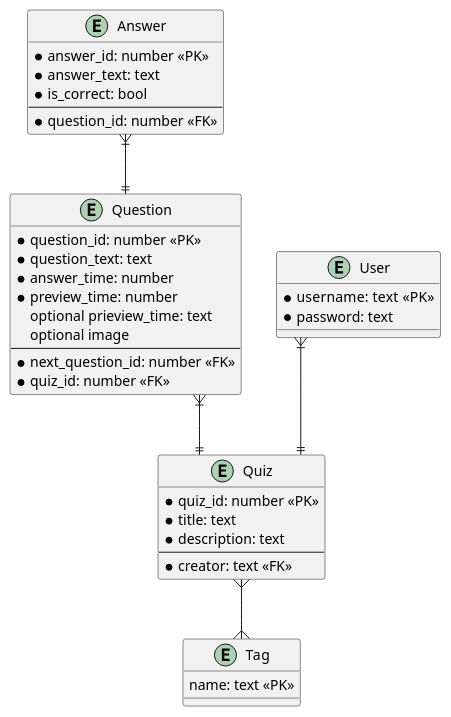
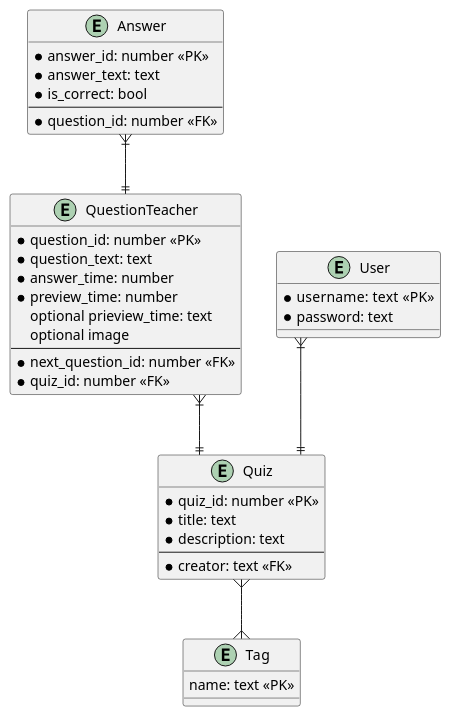
One commit to SYP-AHIF-2023-24-25/Leohoot changed the diagram in erd.puml. Above: the diagram before and after it, drawn with PlantUML. The commit also changed 60 other files, not shown here.

```diff
--- a/erd.puml
+++ b/erd.puml
@@ -1,47 +1,47 @@
 @startuml ERD-Leohoot
 skinparam linetype ortho
 
 entity Quiz {
     * quiz_id: number <<PK>>
     * title: text
     * description: text
     --
     * creator: text <<FK>>
 }
 
-entity Question {
+entity QuestionTeacher {
     * question_id: number <<PK>>
     * question_text: text
     * answer_time: number
     * preview_time: number
     optional prieview_time: text
     optional image
     --
     * next_question_id: number <<FK>>
     * quiz_id: number <<FK>>
 }
 
 entity Answer {
     * answer_id: number <<PK>>
     * answer_text: text
     * is_correct: bool
     --
     * question_id: number <<FK>>
 }
 
 entity User {
     * username: text  <<PK>>
     * password: text
 }
 
 entity Tag {
     name: text <<PK>>
 }
 
 
-Question }|--|| Quiz
-Answer }|--|| Question
+QuestionTeacher }|--|| Quiz
+Answer }|--|| QuestionTeacher
 User }|--|| Quiz
 Quiz }--{ Tag
 
 @enduml
```
